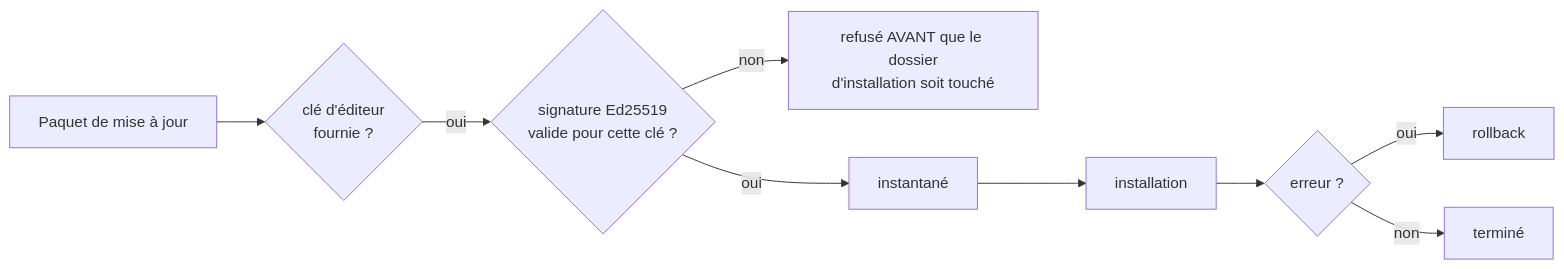
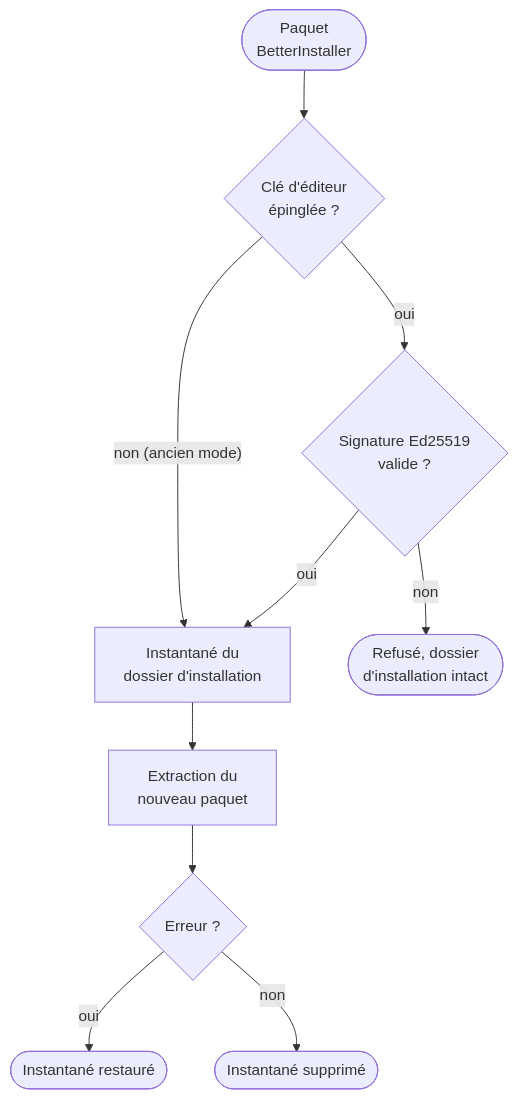
Before and after one commit to FreeProject089/BetterModsManager: the third of 3 diagrams in frontend/assets/docs/fr/how-it-works/security.md, drawn with Mermaid. The commit also changed other lines of this file and 176 other files, not shown here.

````diff
--- a/frontend/assets/docs/fr/how-it-works/security.md
+++ b/frontend/assets/docs/fr/how-it-works/security.md
@@ -154,10 +157,12 @@
 ```mermaid
-flowchart LR
-    PKG["Paquet de mise à jour"] --> KEY{"clé d'éditeur<br/>fournie ?"}
-    KEY -- oui --> SIG{"signature Ed25519<br/>valide pour cette clé ?"}
-    SIG -- non --> REJ["refusé AVANT que le dossier<br/>d'installation soit touché"]
-    SIG -- oui --> SNAP["instantané"] --> INST["installation"]
-    INST --> ERR{"erreur ?"}
-    ERR -- oui --> RB["rollback"]
-    ERR -- non --> OK["terminé"]
+flowchart TD
+    PKG(["Paquet<br/>BetterInstaller"]) --> KEY{"Clé d'éditeur<br/>épinglée ?"}
+    KEY -- "oui" --> SIG{"Signature Ed25519<br/>valide ?"}
+    KEY -- "non (ancien mode)" --> SNAP["Instantané du<br/>dossier d'installation"]
+    SIG -- "non" --> REJ(["Refusé, dossier<br/>d'installation intact"])
+    SIG -- "oui" --> SNAP
+    SNAP --> INST["Extraction du<br/>nouveau paquet"]
+    INST --> ERR{"Erreur ?"}
+    ERR -- "oui" --> RB(["Instantané restauré"])
+    ERR -- "non" --> OK(["Instantané supprimé"])
 ```
````
